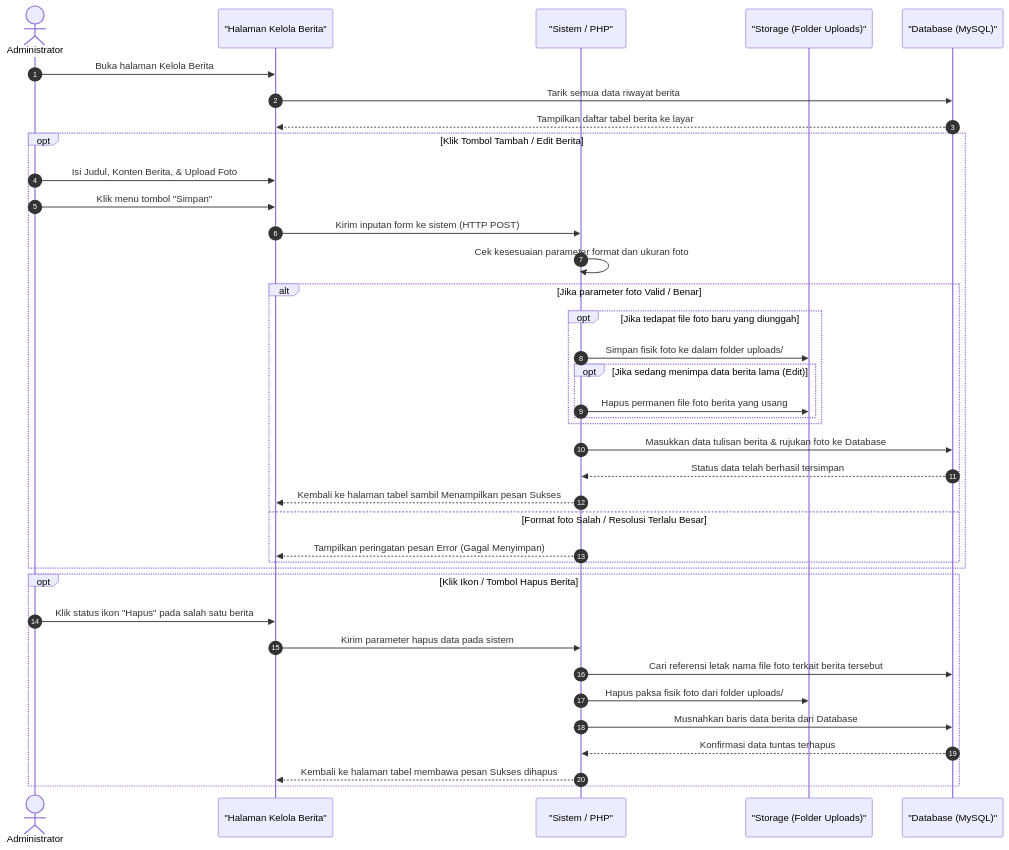
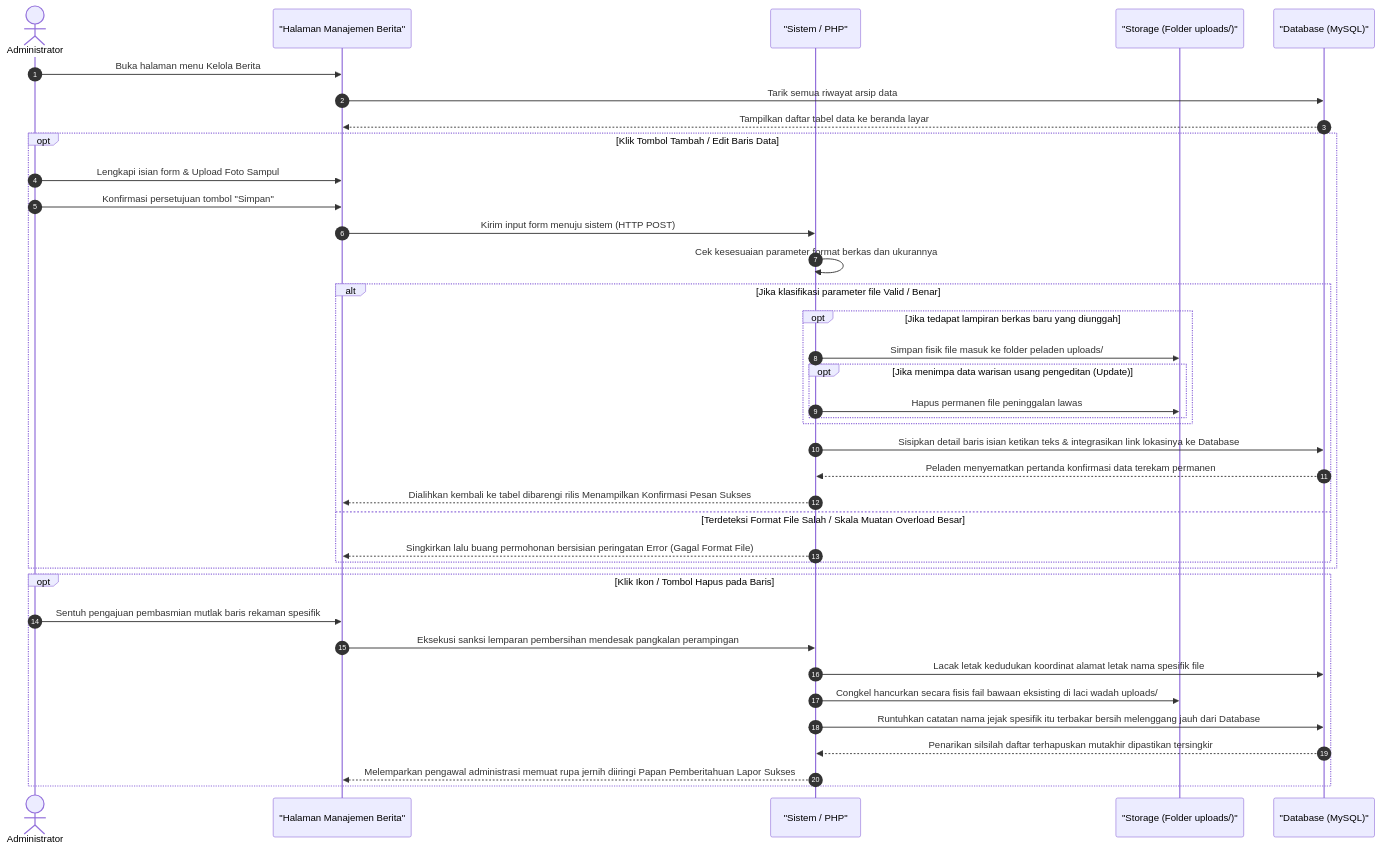
Before and after one commit to arbain-dev/Web_fikom: the diagram in docs/sequence_diagram_admin_berita.md, drawn with Mermaid. The commit also changed other lines of this file and 18 other files, not shown here.

Commit message:
docs: mengubah format penjelasan sequence administrator dari list menjadi paragraf naratif

````diff
--- a/docs/sequence_diagram_admin_berita.md
+++ b/docs/sequence_diagram_admin_berita.md
@@ -29,48 +15,48 @@
 ```mermaid
 sequenceDiagram
     autonumber
     actor Admin as Administrator
-    participant View as "Halaman Kelola Berita"
+    participant View as "Halaman Manajemen Berita"
     participant System as "Sistem / PHP"
-    participant Server as "Storage (Folder Uploads)"
+    participant Server as "Storage (Folder uploads/)"
     participant DB as "Database (MySQL)"
 
-    Admin->>View: Buka halaman Kelola Berita
-    View->>DB: Tarik semua data riwayat berita
-    DB-->>View: Tampilkan daftar tabel berita ke layar
+    Admin->>View: Buka halaman menu Kelola Berita
+    View->>DB: Tarik semua riwayat arsip data
+    DB-->>View: Tampilkan daftar tabel data ke beranda layar
 
     %% Proses Tambah / Edit
-    opt Klik Tombol Tambah / Edit Berita
-        Admin->>View: Isi Judul, Konten Berita, & Upload Foto
-        Admin->>View: Klik menu tombol "Simpan"
-        View->>System: Kirim inputan form ke sistem (HTTP POST)
+    opt Klik Tombol Tambah / Edit Baris Data
+        Admin->>View: Lengkapi isian form & Upload Foto Sampul
+        Admin->>View: Konfirmasi persetujuan tombol "Simpan"
+        View->>System: Kirim input form menuju sistem (HTTP POST)
 
-        System->>System: Cek kesesuaian parameter format dan ukuran foto
+        System->>System: Cek kesesuaian parameter format berkas dan ukurannya
         
-        alt Jika parameter foto Valid / Benar
-            opt Jika tedapat file foto baru yang diunggah
-                System->>Server: Simpan fisik foto ke dalam folder uploads/
-                opt Jika sedang menimpa data berita lama (Edit)
-                    System->>Server: Hapus permanen file foto berita yang usang
+        alt Jika klasifikasi parameter file Valid / Benar
+            opt Jika tedapat lampiran berkas baru yang diunggah
+                System->>Server: Simpan fisik file masuk ke folder peladen uploads/
+                opt Jika menimpa data warisan usang pengeditan (Update)
+                    System->>Server: Hapus permanen file peninggalan lawas
                 end
             end
             
-            System->>DB: Masukkan data tulisan berita & rujukan foto ke Database
-            DB-->>System: Status data telah berhasil tersimpan
-            System-->>View: Kembali ke halaman tabel sambil Menampilkan pesan Sukses
-        else Format foto Salah / Resolusi Terlalu Besar
-            System-->>View: Tampilkan peringatan pesan Error (Gagal Menyimpan)
+            System->>DB: Sisipkan detail baris isian ketikan teks & integrasikan link lokasinya ke Database
+            DB-->>System: Peladen menyematkan pertanda konfirmasi data terekam permanen
+            System-->>View: Dialihkan kembali ke tabel dibarengi rilis Menampilkan Konfirmasi Pesan Sukses
+        else Terdeteksi Format File Salah / Skala Muatan Overload Besar
+            System-->>View: Singkirkan lalu buang permohonan bersisian peringatan Error (Gagal Format File)
         end
     end
 
     %% Proses Hapus
-    opt Klik Ikon / Tombol Hapus Berita
-        Admin->>View: Klik status ikon "Hapus" pada salah satu berita
-        View->>System: Kirim parameter hapus data pada sistem
-        System->>DB: Cari referensi letak nama file foto terkait berita tersebut
-        System->>Server: Hapus paksa fisik foto dari folder uploads/
-        System->>DB: Musnahkan baris data berita dari Database
-        DB-->>System: Konfirmasi data tuntas terhapus
-        System-->>View: Kembali ke halaman tabel membawa pesan Sukses dihapus
+    opt Klik Ikon / Tombol Hapus pada Baris
+        Admin->>View: Sentuh pengajuan pembasmian mutlak baris rekaman spesifik
+        View->>System: Eksekusi sanksi lemparan pembersihan mendesak pangkalan perampingan
+        System->>DB: Lacak letak kedudukan koordinat alamat letak nama spesifik file 
+        System->>Server: Congkel hancurkan secara fisis fail bawaan eksisting di laci wadah uploads/
+        System->>DB: Runtuhkan catatan nama jejak spesifik itu terbakar bersih melenggang jauh dari Database
+        DB-->>System: Penarikan silsilah daftar terhapuskan mutakhir dipastikan tersingkir
+        System-->>View: Melemparkan pengawal administrasi memuat rupa jernih diiringi Papan Pemberitahuan Lapor Sukses 
     end
 ```
````
